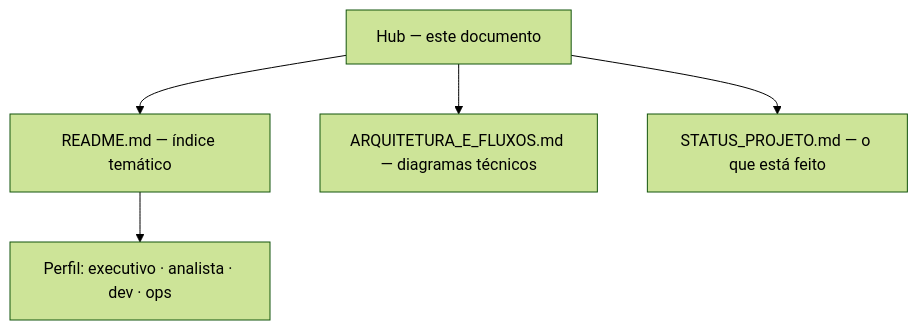
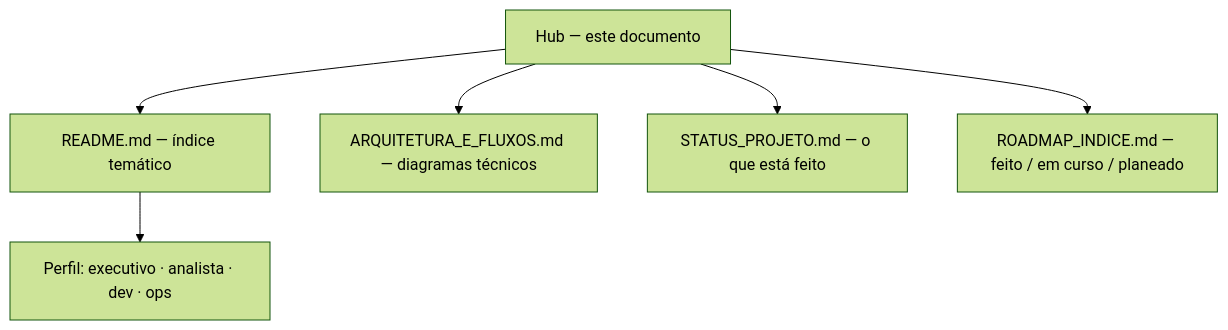
Before and after one commit to JaderGabriel/serventec-servlitcys: the fourth of 4 diagrams in docs/HUB_DOCUMENTACAO.md, drawn with Mermaid (forest theme). The commit also changed other lines of this file and 15 other files, not shown here.

First line of the commit message:
Documentar roadmaps e alinhar backlog ao estado 7.0.1.

````diff
--- a/docs/HUB_DOCUMENTACAO.md
+++ b/docs/HUB_DOCUMENTACAO.md
@@ -186,8 +191,9 @@
 ```mermaid
 flowchart TD
     H[Hub — este documento]
     H --> I[README.md — índice temático]
     H --> A[ARQUITETURA_E_FLUXOS.md — diagramas técnicos]
     H --> S[STATUS_PROJETO.md — o que está feito]
+    H --> R[ROADMAP_INDICE.md — feito / em curso / planeado]
     I --> P[Perfil: executivo · analista · dev · ops]
 ```
````
